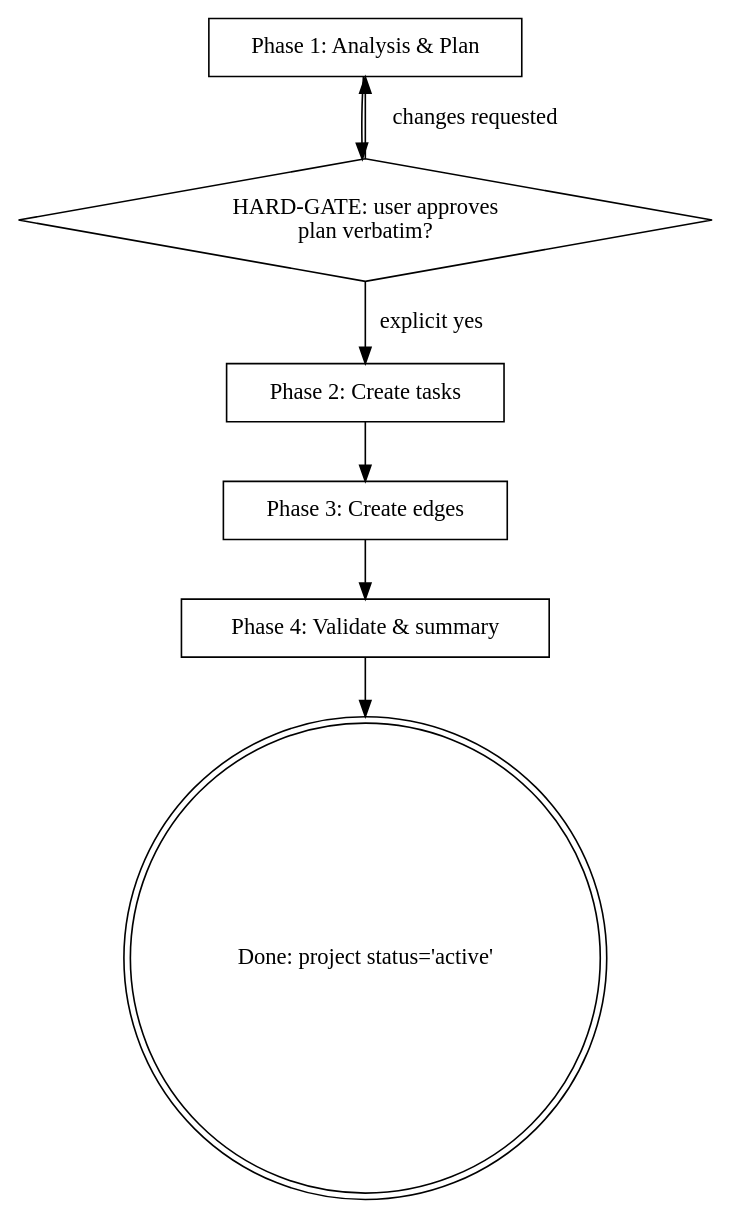
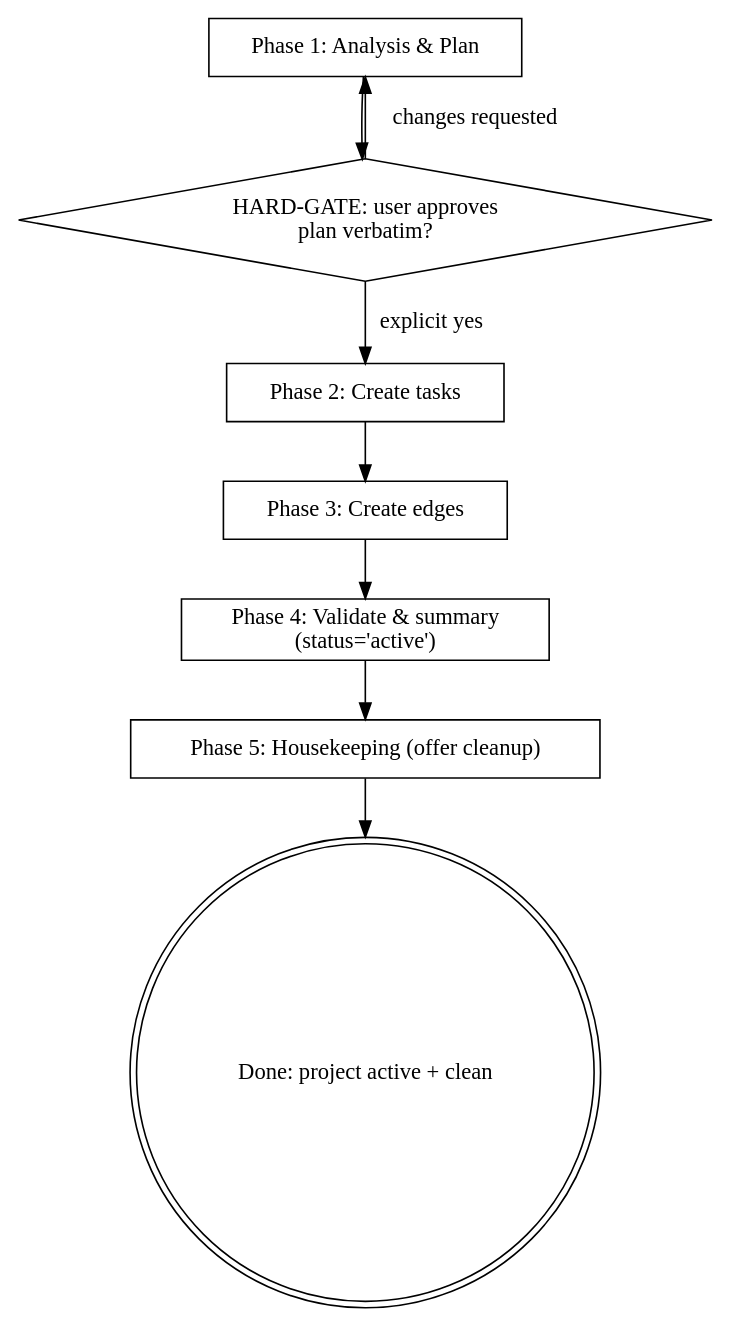
Before and after one commit to FrkAk/piyaz: the diagram in plugins/claude-code/agents/decompose.md, drawn with Graphviz. The commit also changed other lines of this file and 4 other files, not shown here.

````diff
--- a/plugins/claude-code/agents/decompose.md
+++ b/plugins/claude-code/agents/decompose.md
@@ -74,17 +74,19 @@
 ```dot
 digraph decompose {
     "Phase 1: Analysis & Plan" [shape=box];
     "HARD-GATE: user approves\nplan verbatim?" [shape=diamond];
     "Phase 2: Create tasks" [shape=box];
     "Phase 3: Create edges" [shape=box];
-    "Phase 4: Validate & summary" [shape=box];
-    "Done: project status='active'" [shape=doublecircle];
+    "Phase 4: Validate & summary\n(status='active')" [shape=box];
+    "Phase 5: Housekeeping (offer cleanup)" [shape=box];
+    "Done: project active + clean" [shape=doublecircle];
 
     "Phase 1: Analysis & Plan" -> "HARD-GATE: user approves\nplan verbatim?";
     "HARD-GATE: user approves\nplan verbatim?" -> "Phase 1: Analysis & Plan" [label="changes requested"];
     "HARD-GATE: user approves\nplan verbatim?" -> "Phase 2: Create tasks" [label="explicit yes"];
     "Phase 2: Create tasks" -> "Phase 3: Create edges";
-    "Phase 3: Create edges" -> "Phase 4: Validate & summary";
-    "Phase 4: Validate & summary" -> "Done: project status='active'";
+    "Phase 3: Create edges" -> "Phase 4: Validate & summary\n(status='active')";
+    "Phase 4: Validate & summary\n(status='active')" -> "Phase 5: Housekeeping (offer cleanup)";
+    "Phase 5: Housekeeping (offer cleanup)" -> "Done: project active + clean";
 }
 ```
````
